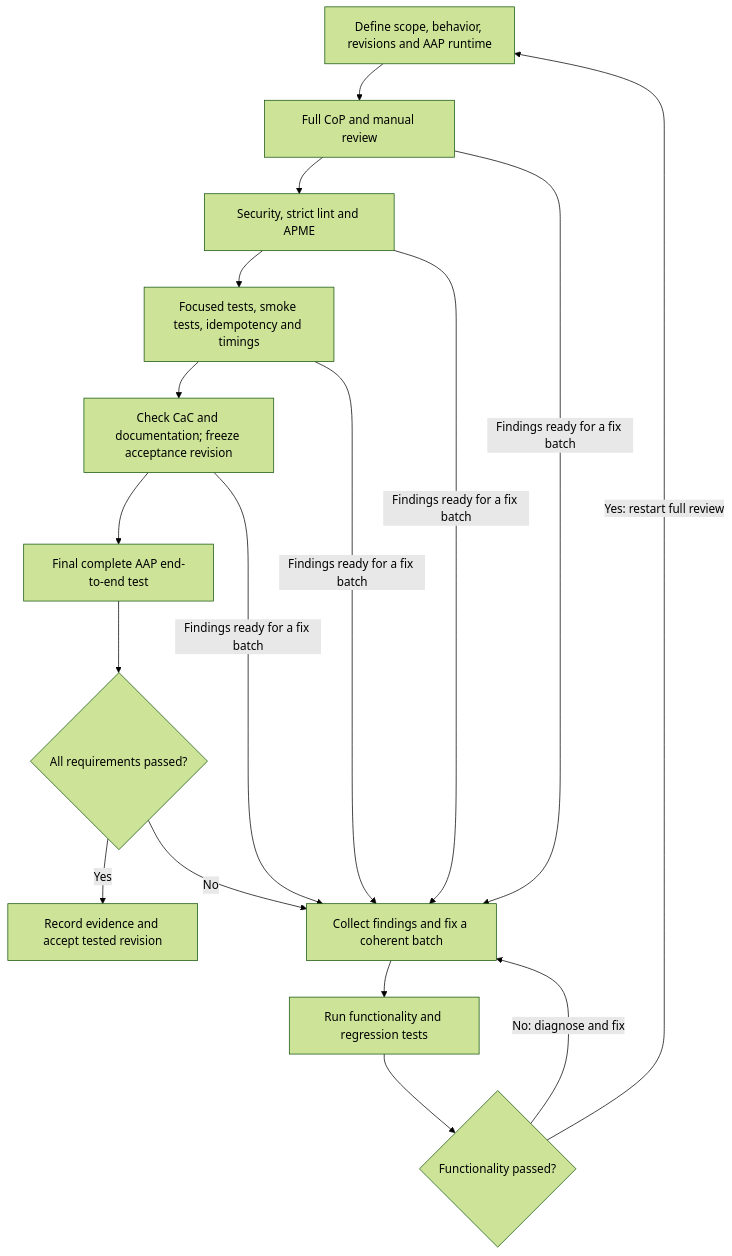
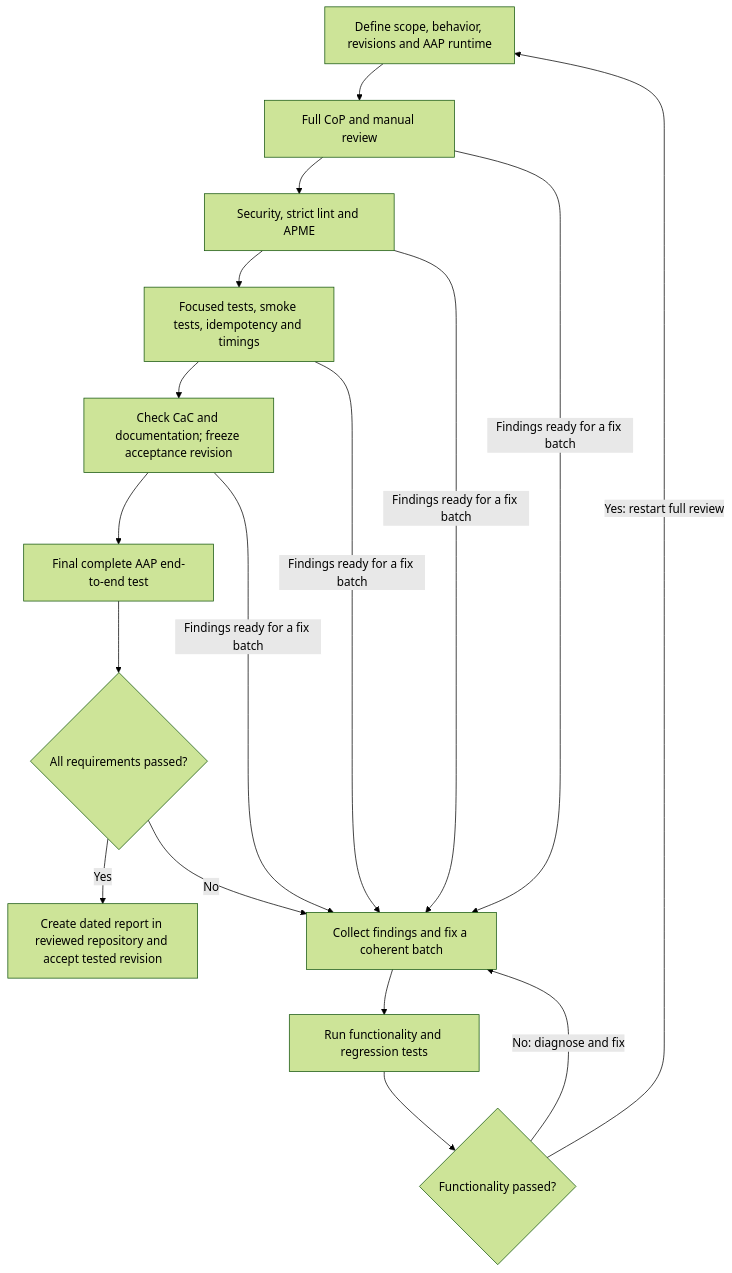
The diagram in README.md (kvegh/Agent_generated_code_review), drawn with Mermaid (forest theme) before and after one commit. The commit also changed other lines of this file and 1 other file, not shown here.

Commit message:
docs: Require dated review reports in reviewed repositories

````diff
--- a/README.md
+++ b/README.md
@@ -362,19 +362,19 @@
 ```mermaid
 flowchart TD
     A[Define scope, behavior, revisions and AAP runtime] --> B[Full CoP and manual review]
     B --> C[Security, strict lint and APME]
     C --> D[Focused tests, smoke tests, idempotency and timings]
     D --> E[Check CaC and documentation; freeze acceptance revision]
     E --> F[Final complete AAP end-to-end test]
     F --> G{All requirements passed?}
-    G -->|Yes| H[Record evidence and accept tested revision]
+    G -->|Yes| H[Create dated report in reviewed repository and accept tested revision]
     G -->|No| I[Collect findings and fix a coherent batch]
     I --> J[Run functionality and regression tests]
     J --> K{Functionality passed?}
     K -->|No: diagnose and fix| I
     K -->|Yes: restart full review| A
     B -->|Findings ready for a fix batch| I
     C -->|Findings ready for a fix batch| I
     D -->|Findings ready for a fix batch| I
     E -->|Findings ready for a fix batch| I
 ```
````
